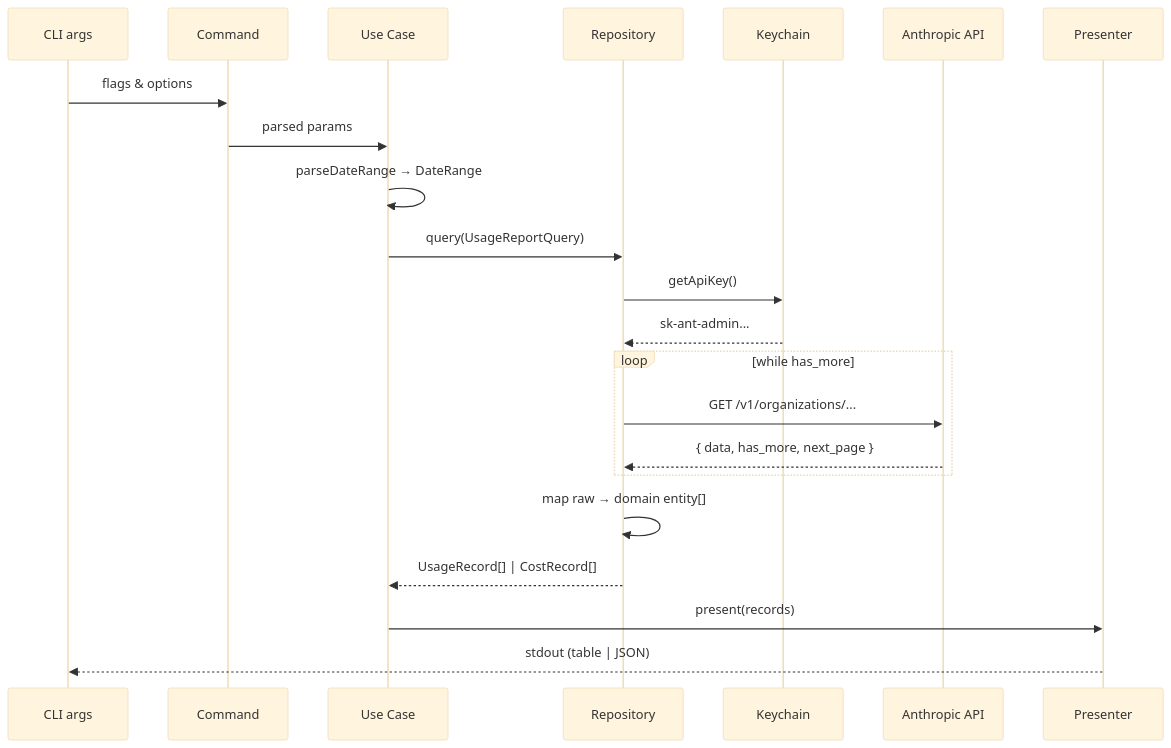
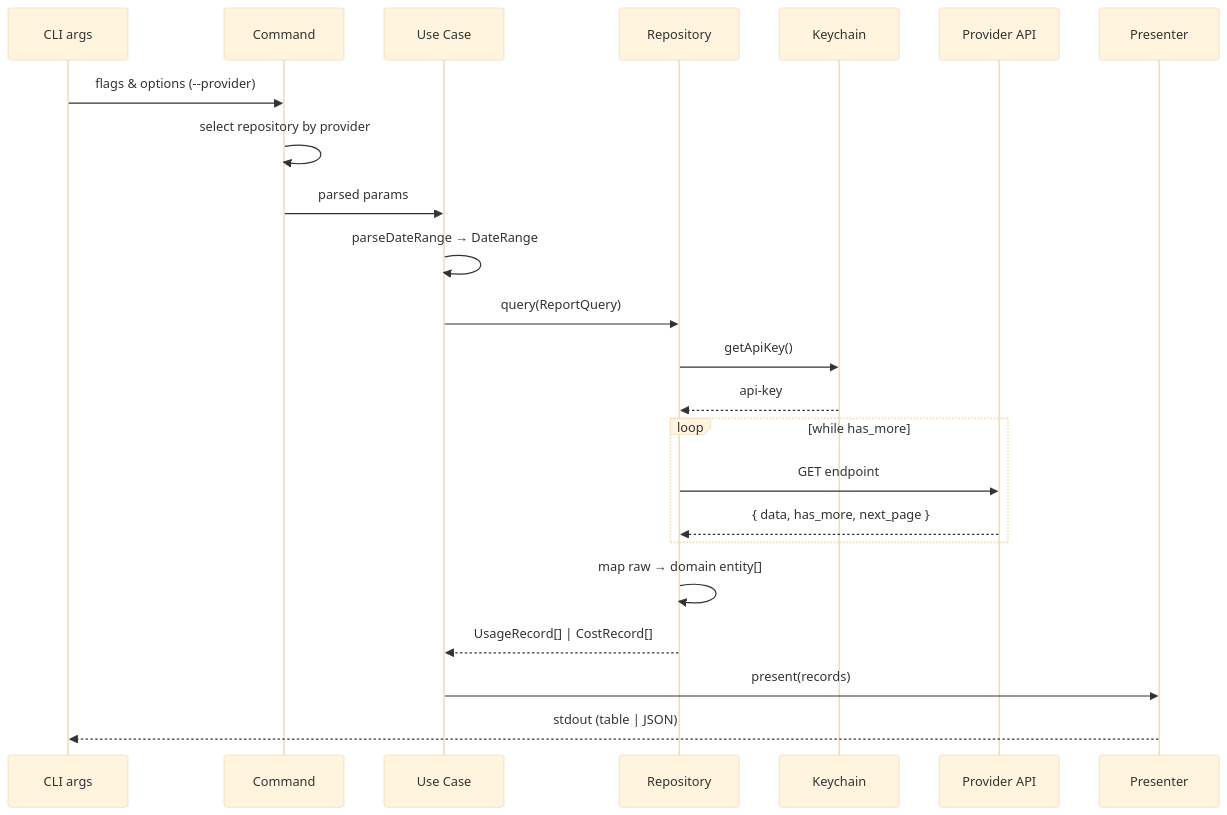
One commit to cyberash-dev/llm-cost-cli changed the third of 4 diagrams in spec/architecture.md. Above: the diagram before and after it, drawn with Mermaid (base theme). The commit also changed other lines of this file and 35 other files, not shown here.

First line of the commit message:
add multi-provider support (OpenAI, OpenRouter) and rename to llm-cost-cli

````diff
--- a/spec/architecture.md
+++ b/spec/architecture.md
@@ -157,25 +165,26 @@
 ```mermaid
 sequenceDiagram
   participant CLI as CLI args
   participant CMD as Command
   participant UC as Use Case
   participant REPO as Repository
   participant KC as Keychain
-  participant API as Anthropic API
+  participant API as Provider API
   participant PR as Presenter
 
-  CLI->>CMD: flags & options
+  CLI->>CMD: flags & options (--provider)
+  CMD->>CMD: select repository by provider
   CMD->>UC: parsed params
   UC->>UC: parseDateRange → DateRange
-  UC->>REPO: query(UsageReportQuery)
+  UC->>REPO: query(ReportQuery)
   REPO->>KC: getApiKey()
-  KC-->>REPO: sk-ant-admin...
+  KC-->>REPO: api-key
   loop while has_more
-    REPO->>API: GET /v1/organizations/...
+    REPO->>API: GET endpoint
     API-->>REPO: { data, has_more, next_page }
   end
   REPO->>REPO: map raw → domain entity[]
   REPO-->>UC: UsageRecord[] | CostRecord[]
   UC->>PR: present(records)
   PR-->>CLI: stdout (table | JSON)
 ```
````
